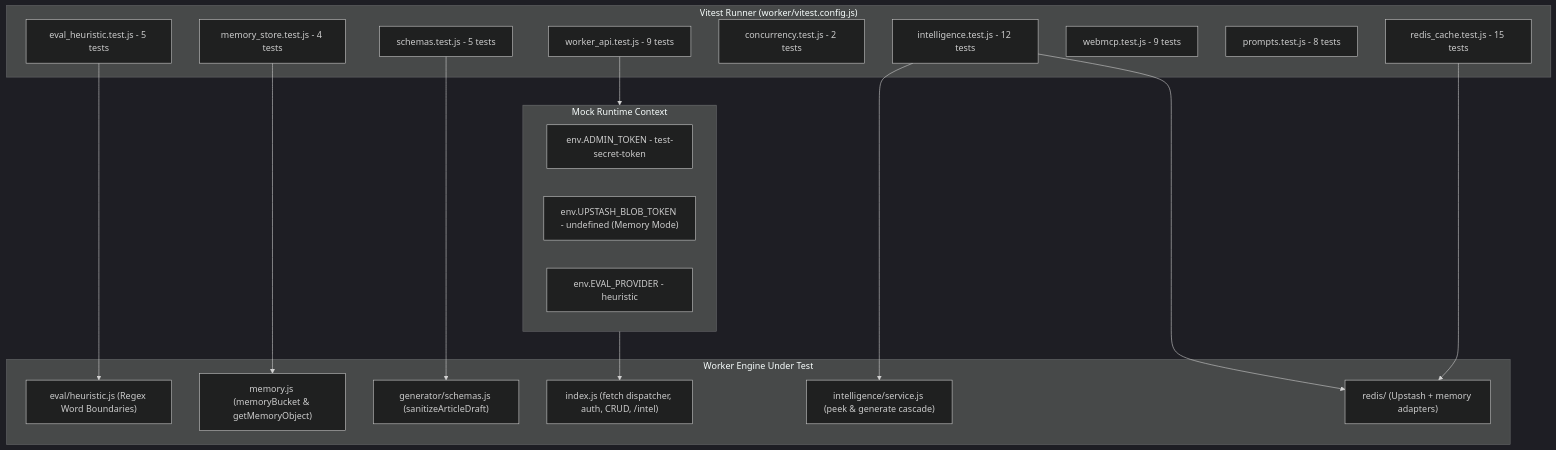
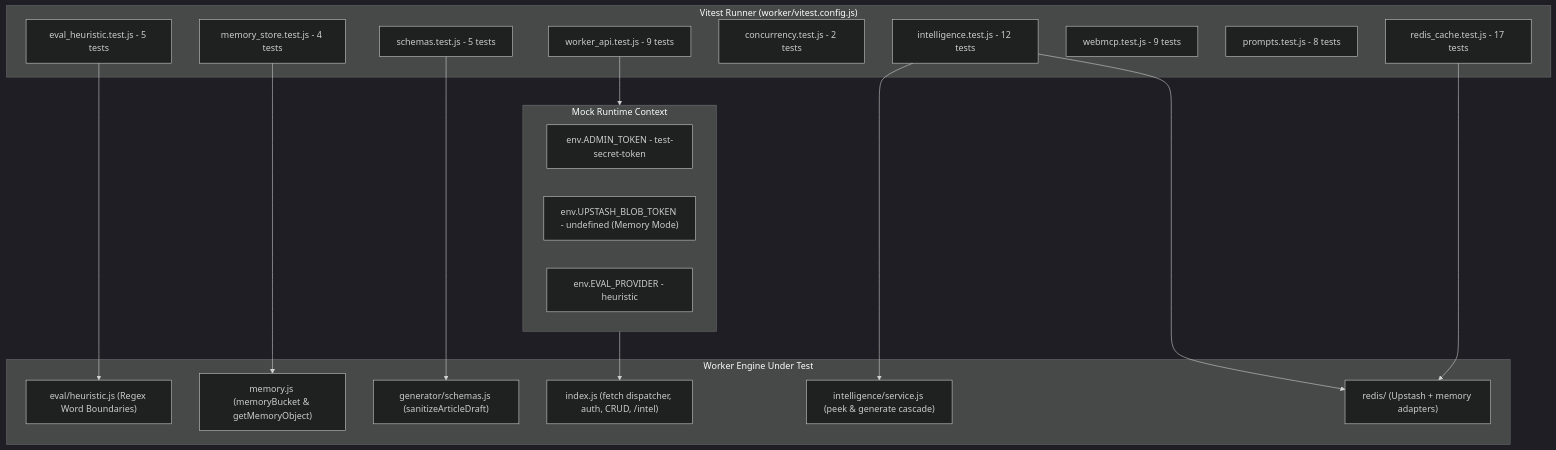
Before and after one commit to AmritSDutta/kalidass: the diagram in docs/testcases.mdx, drawn with Mermaid (dark theme). The commit also changed other lines of this file and 13 other files, not shown here.

````diff
--- a/docs/testcases.mdx
+++ b/docs/testcases.mdx
@@ -14,35 +14,35 @@
 ```mermaid
 flowchart TD
   subgraph TestRunner["Vitest Runner (worker/vitest.config.js)"]
     HeuristicSuite["eval_heuristic.test.js - 5 tests"]
     MemorySuite["memory_store.test.js - 4 tests"]
     SchemaSuite["schemas.test.js - 5 tests"]
     WorkerApiSuite["worker_api.test.js - 9 tests"]
     ConcurrencySuite["concurrency.test.js - 2 tests"]
     IntelligenceSuite["intelligence.test.js - 12 tests"]
     WebMcpSuite["webmcp.test.js - 9 tests"]
     PromptsSuite["prompts.test.js - 8 tests"]
-    RedisSuite["redis_cache.test.js - 15 tests"]
+    RedisSuite["redis_cache.test.js - 17 tests"]
   end
   subgraph SystemUnderTest["Worker Engine Under Test"]
     HeuristicEngine["eval/heuristic.js (Regex Word Boundaries)"]
     MemoryAdapter["memory.js (memoryBucket & getMemoryObject)"]
     SchemaNormalizer["generator/schemas.js (sanitizeArticleDraft)"]
     WorkerRouter["index.js (fetch dispatcher, auth, CRUD, /intel)"]
     IntelService["intelligence/service.js (peek & generate cascade)"]
     RedisAdapters["redis/ (Upstash + memory adapters)"]
   end
   subgraph MockEnv["Mock Runtime Context"]
     MockConfig["env.ADMIN_TOKEN - test-secret-token"]
     MockStore["env.UPSTASH_BLOB_TOKEN - undefined (Memory Mode)"]
     MockProvider["env.EVAL_PROVIDER - heuristic"]
   end
   HeuristicSuite --> HeuristicEngine
   MemorySuite --> MemoryAdapter
   SchemaSuite --> SchemaNormalizer
   WorkerApiSuite --> MockEnv
   MockEnv --> WorkerRouter
   IntelligenceSuite --> IntelService
   IntelligenceSuite --> RedisAdapters
   RedisSuite --> RedisAdapters
 ```
````
